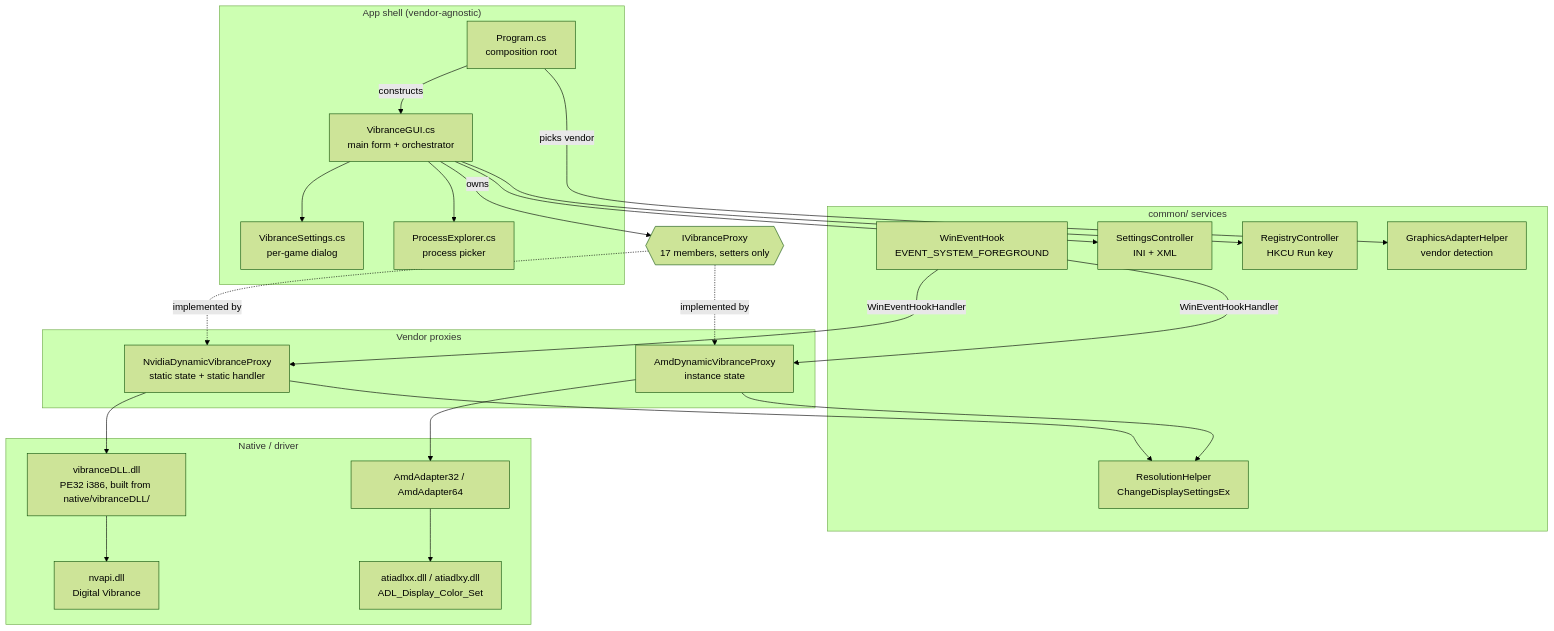
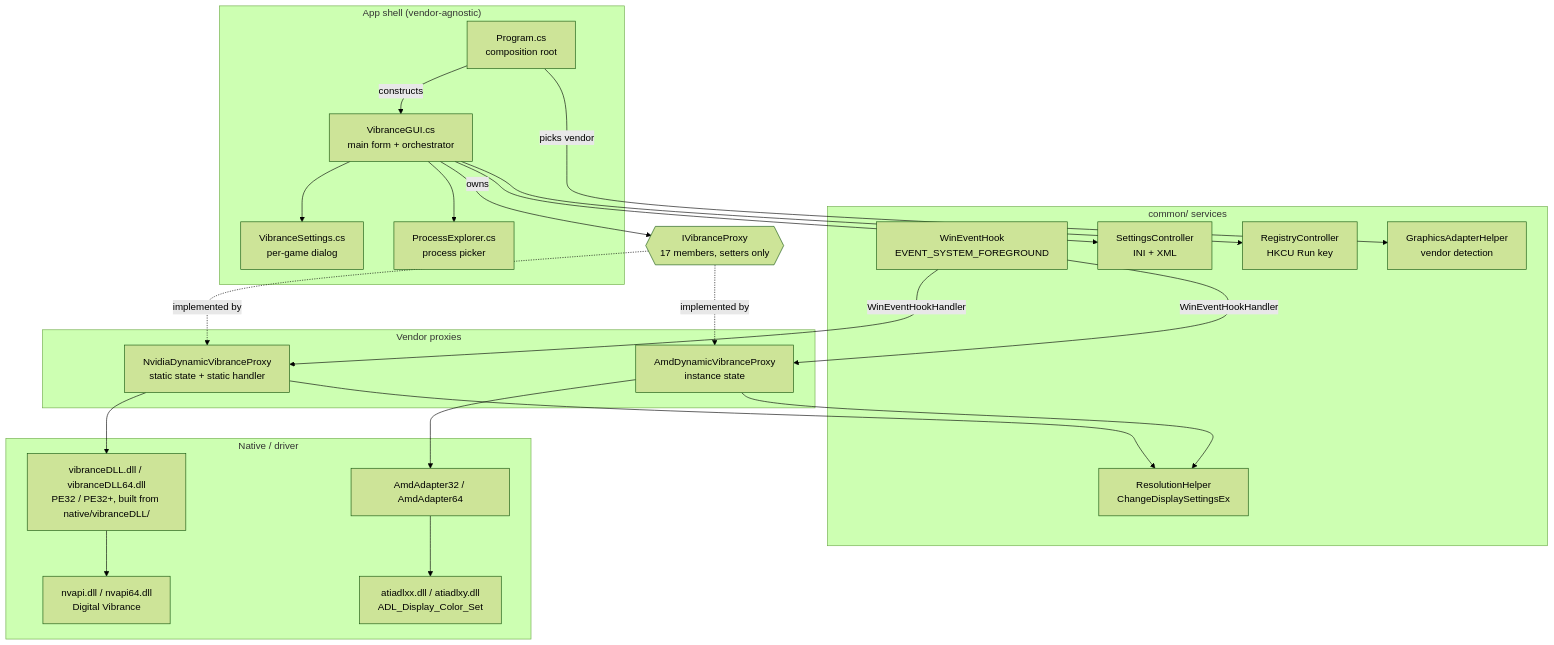
The first of 4 diagrams in docs/CODEBASE_GUIDE.md (SwatX18/vibranceGUI), drawn with Mermaid (forest theme) before and after one commit. The commit also changed other lines of this file and 22 other files, not shown here.

````diff
--- a/docs/CODEBASE_GUIDE.md
+++ b/docs/CODEBASE_GUIDE.md
@@ -529,47 +595,47 @@
 ```mermaid
 graph TD
     subgraph shell["App shell (vendor-agnostic)"]
         P["Program.cs<br/>composition root"]
         VG["VibranceGUI.cs<br/>main form + orchestrator"]
         VS["VibranceSettings.cs<br/>per-game dialog"]
         PE["ProcessExplorer.cs<br/>process picker"]
     end
 
     subgraph common["common/ services"]
         WEH["WinEventHook<br/>EVENT_SYSTEM_FOREGROUND"]
         SC["SettingsController<br/>INI + XML"]
         RC["RegistryController<br/>HKCU Run key"]
         RH["ResolutionHelper<br/>ChangeDisplaySettingsEx"]
         GA["GraphicsAdapterHelper<br/>vendor detection"]
     end
 
     IVP{{"IVibranceProxy<br/>17 members, setters only"}}
 
     subgraph vendor["Vendor proxies"]
         NV["NvidiaDynamicVibranceProxy<br/>static state + static handler"]
         AMD["AmdDynamicVibranceProxy<br/>instance state"]
     end
 
     subgraph native["Native / driver"]
-        DLL["vibranceDLL.dll<br/>PE32 i386, built from native/vibranceDLL/"]
-        NVAPI["nvapi.dll<br/>Digital Vibrance"]
+        DLL["vibranceDLL.dll / vibranceDLL64.dll<br/>PE32 / PE32+, built from native/vibranceDLL/"]
+        NVAPI["nvapi.dll / nvapi64.dll<br/>Digital Vibrance"]
         ADLA["AmdAdapter32 / AmdAdapter64"]
         ADL["atiadlxx.dll / atiadlxy.dll<br/>ADL_Display_Color_Set"]
     end
 
     P -->|"picks vendor"| GA
     P -->|"constructs"| VG
     VG -->|"owns"| IVP
     VG --> SC
     VG --> RC
     VG --> VS
     VG --> PE
     IVP -.implemented by.-> NV
     IVP -.implemented by.-> AMD
     NV --> DLL --> NVAPI
     AMD --> ADLA --> ADL
     WEH -->|"WinEventHookHandler"| NV
     WEH -->|"WinEventHookHandler"| AMD
     NV --> RH
     AMD --> RH
 ```
````
